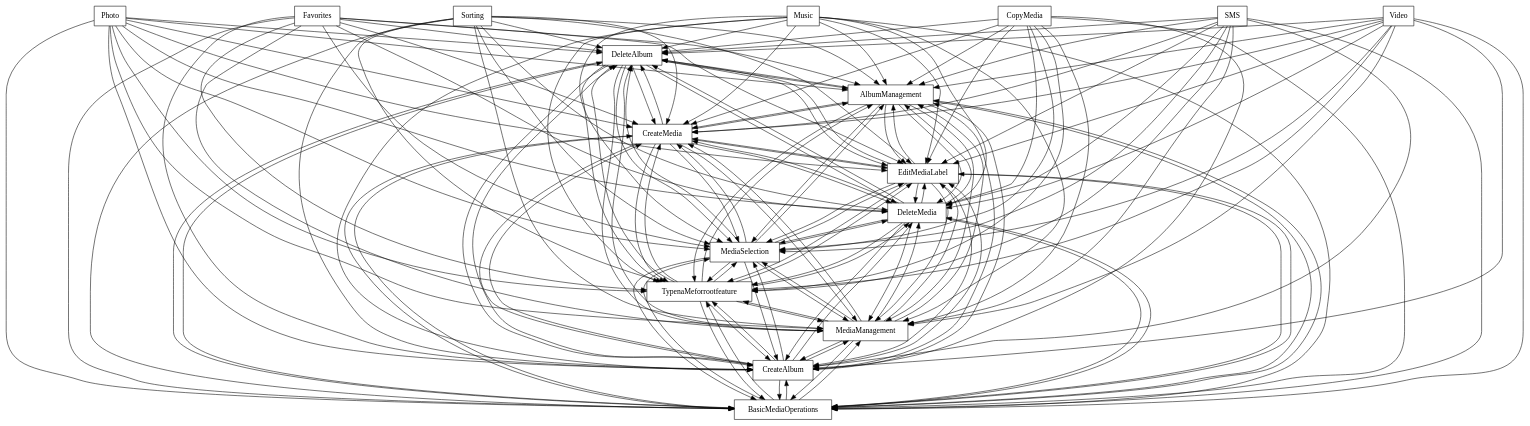
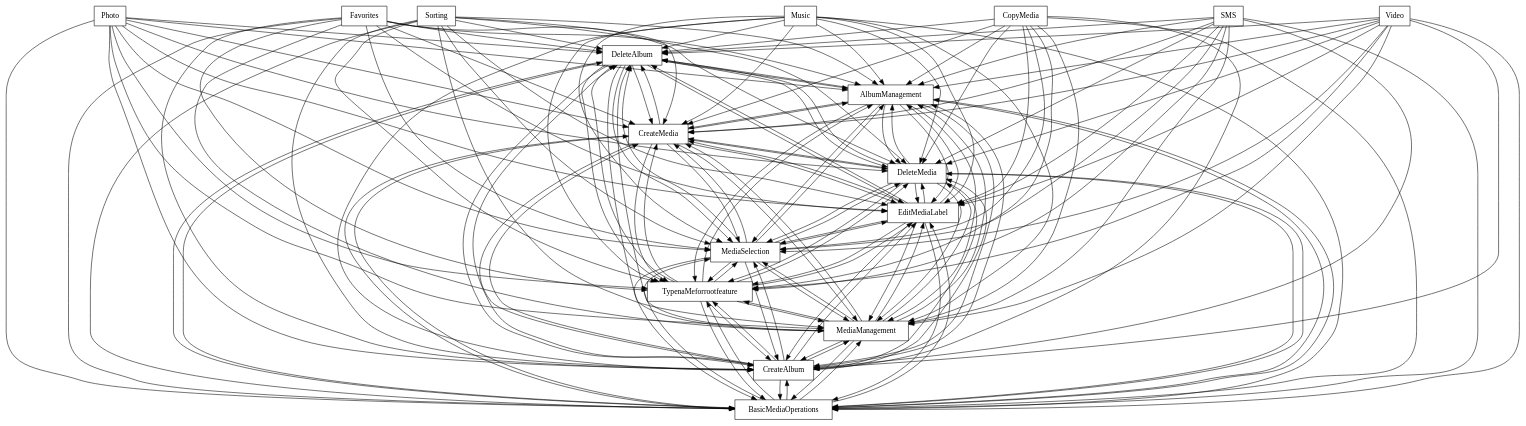
The diagram in FAMILIAR/output/SPLOT-big/fm_89_model_20110605_1465859222.xml.dot (FAMILIAR-project/familiar-language), drawn with Graphviz before and after one commit. The commit also changed 110 other files, not shown here.

```diff
--- a/FAMILIAR/output/SPLOT-big/fm_89_model_20110605_1465859222.xml.dot
+++ b/FAMILIAR/output/SPLOT-big/fm_89_model_20110605_1465859222.xml.dot
@@ -1,182 +1,182 @@
 digraph{
 graph [rankdir=TB];
 node [shape=box];
 edge [arrowhead=normal];
 0[label="DeleteAlbum",]
 1[label="AlbumManagement",]
 2[label="BasicMediaOperations",]
 3[label="Favorites",]
 4[label="Photo",]
 5[label="CreateAlbum",]
 6[label="MediaManagement",]
 7[label="Sorting",]
-8[label="Music",]
-9[label="TypenaMeforrootfeature",]
-10[label="MediaSelection",]
-11[label="DeleteMedia",]
-12[label="EditMediaLabel",]
+8[label="TypenaMeforrootfeature",]
+9[label="MediaSelection",]
+10[label="Music",]
+11[label="EditMediaLabel",]
+12[label="DeleteMedia",]
 13[label="CreateMedia",]
 14[label="CopyMedia",]
 15[label="SMS",]
 16[label="Video",]
 0->1[label="",]
 0->2[label="",]
 0->5[label="",]
 0->6[label="",]
+0->8[label="",]
 0->9[label="",]
-0->10[label="",]
 0->11[label="",]
 0->12[label="",]
 0->13[label="",]
 1->0[label="",]
 1->2[label="",]
 1->5[label="",]
 1->6[label="",]
+1->8[label="",]
 1->9[label="",]
-1->10[label="",]
 1->11[label="",]
 1->12[label="",]
 1->13[label="",]
 2->0[label="",]
 2->1[label="",]
 2->5[label="",]
 2->6[label="",]
+2->8[label="",]
 2->9[label="",]
-2->10[label="",]
 2->11[label="",]
 2->12[label="",]
 2->13[label="",]
 3->0[label="",]
 3->1[label="",]
 3->2[label="",]
 3->5[label="",]
 3->6[label="",]
+3->8[label="",]
 3->9[label="",]
-3->10[label="",]
 3->11[label="",]
 3->12[label="",]
 3->13[label="",]
 4->0[label="",]
 4->1[label="",]
 4->2[label="",]
 4->5[label="",]
 4->6[label="",]
+4->8[label="",]
 4->9[label="",]
-4->10[label="",]
 4->11[label="",]
 4->12[label="",]
 4->13[label="",]
 5->0[label="",]
 5->1[label="",]
 5->2[label="",]
 5->6[label="",]
+5->8[label="",]
 5->9[label="",]
-5->10[label="",]
 5->11[label="",]
 5->12[label="",]
 5->13[label="",]
 6->0[label="",]
 6->1[label="",]
 6->2[label="",]
 6->5[label="",]
+6->8[label="",]
 6->9[label="",]
-6->10[label="",]
 6->11[label="",]
 6->12[label="",]
 6->13[label="",]
 7->0[label="",]
 7->1[label="",]
 7->2[label="",]
 7->5[label="",]
 7->6[label="",]
+7->8[label="",]
 7->9[label="",]
-7->10[label="",]
 7->11[label="",]
 7->12[label="",]
 7->13[label="",]
 8->0[label="",]
 8->1[label="",]
 8->2[label="",]
 8->5[label="",]
 8->6[label="",]
 8->9[label="",]
-8->10[label="",]
 8->11[label="",]
 8->12[label="",]
 8->13[label="",]
 9->0[label="",]
 9->1[label="",]
 9->2[label="",]
 9->5[label="",]
 9->6[label="",]
-9->10[label="",]
+9->8[label="",]
 9->11[label="",]
 9->12[label="",]
 9->13[label="",]
 10->0[label="",]
 10->1[label="",]
 10->2[label="",]
 10->5[label="",]
 10->6[label="",]
+10->8[label="",]
 10->9[label="",]
 10->11[label="",]
 10->12[label="",]
 10->13[label="",]
 11->0[label="",]
 11->1[label="",]
 11->2[label="",]
 11->5[label="",]
 11->6[label="",]
+11->8[label="",]
 11->9[label="",]
-11->10[label="",]
 11->12[label="",]
 11->13[label="",]
 12->0[label="",]
 12->1[label="",]
 12->2[label="",]
 12->5[label="",]
 12->6[label="",]
+12->8[label="",]
 12->9[label="",]
-12->10[label="",]
 12->11[label="",]
 12->13[label="",]
 13->0[label="",]
 13->1[label="",]
 13->2[label="",]
 13->5[label="",]
 13->6[label="",]
+13->8[label="",]
 13->9[label="",]
-13->10[label="",]
 13->11[label="",]
 13->12[label="",]
 14->0[label="",]
 14->1[label="",]
 14->2[label="",]
 14->5[label="",]
 14->6[label="",]
+14->8[label="",]
 14->9[label="",]
-14->10[label="",]
 14->11[label="",]
 14->12[label="",]
 14->13[label="",]
 15->0[label="",]
 15->1[label="",]
 15->2[label="",]
 15->5[label="",]
 15->6[label="",]
+15->8[label="",]
 15->9[label="",]
-15->10[label="",]
 15->11[label="",]
 15->12[label="",]
 15->13[label="",]
 16->0[label="",]
 16->1[label="",]
 16->2[label="",]
 16->5[label="",]
 16->6[label="",]
+16->8[label="",]
 16->9[label="",]
-16->10[label="",]
 16->11[label="",]
 16->12[label="",]
 16->13[label="",]
 }
```
